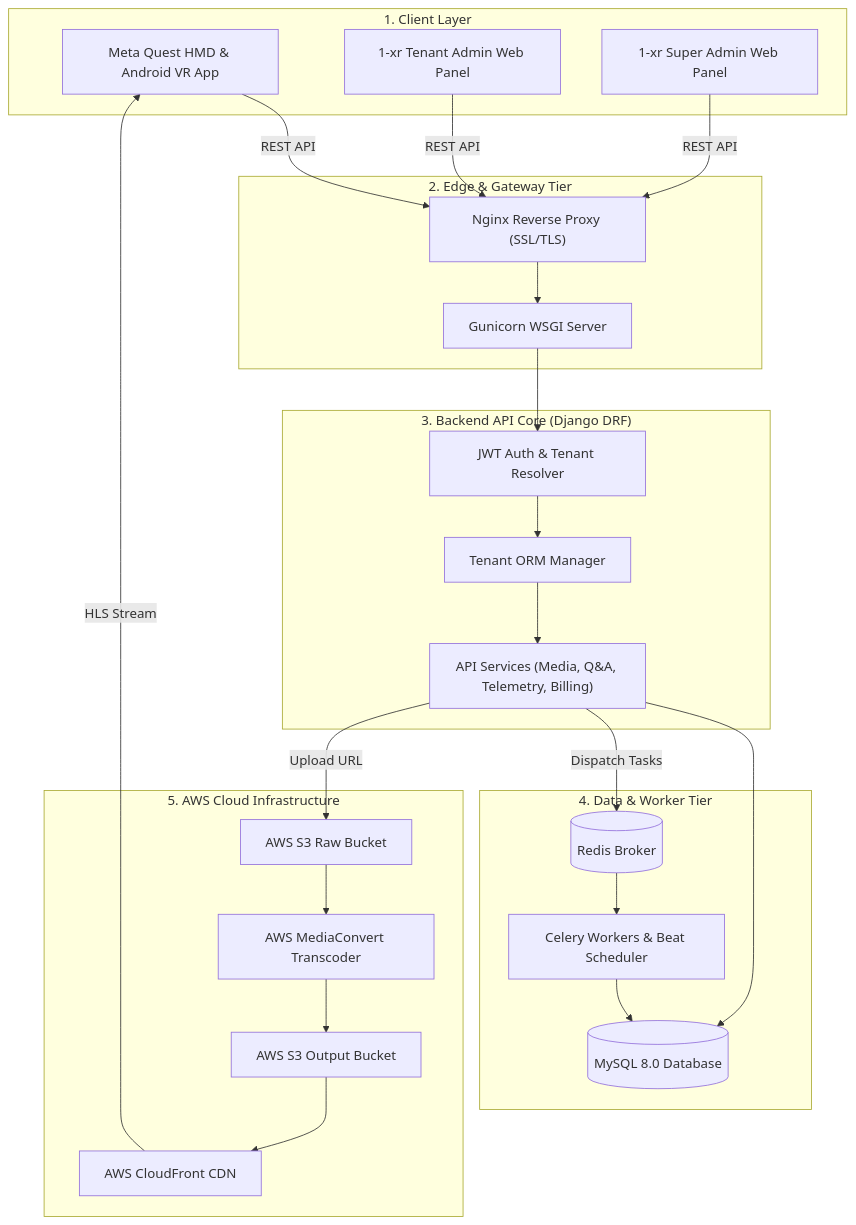
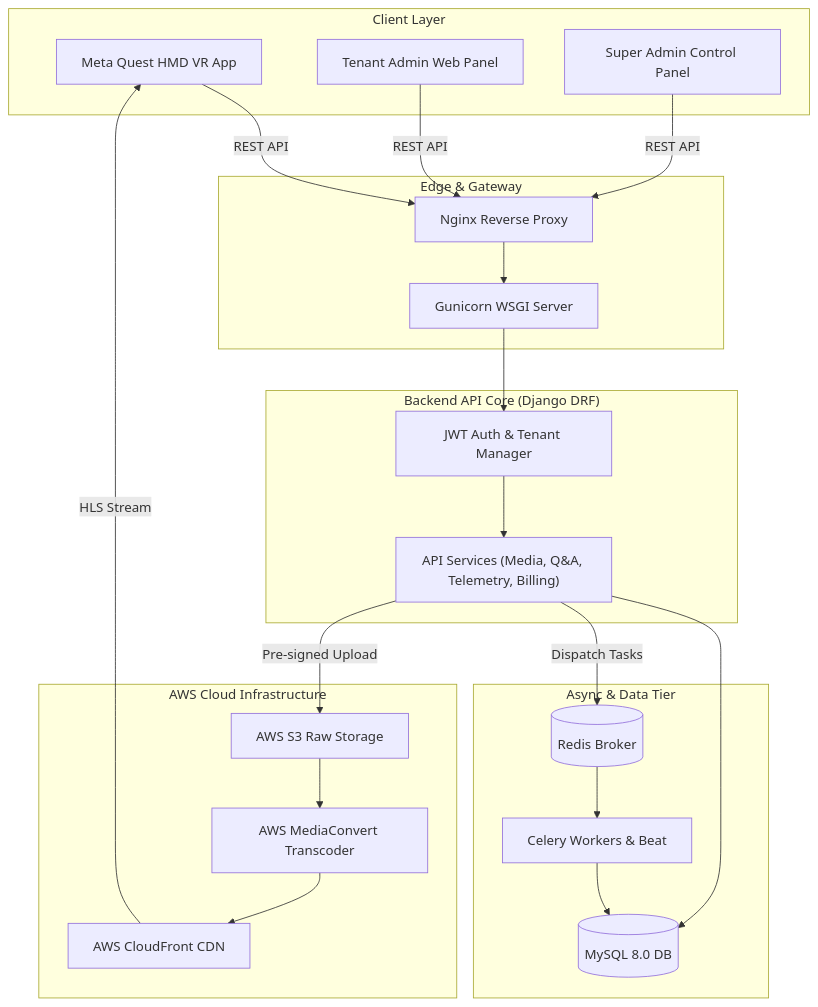
One commit to waqar16/CodeNexo-Projects-Case-Studies- changed the diagram in 1-xr_Case_Strudy.md. Above: the diagram before and after it, drawn with Mermaid. The commit also changed other lines of this file and 2 other files, not shown here.

````diff
--- a/1-xr_Case_Strudy.md
+++ b/1-xr_Case_Strudy.md
@@ -121,53 +32,36 @@
 ```mermaid
 flowchart TD
-    subgraph Clients["1. Client Layer"]
-        QuestApp["Meta Quest HMD & Android VR App"]
-        TenantDash["1-xr Tenant Admin Web Panel"]
-        SuperDash["1-xr Super Admin Web Panel"]
+    subgraph Clients["Client Layer"]
+        QuestApp["Meta Quest HMD VR App"]
+        TenantDash["Tenant Admin Web Panel"]
+        SuperDash["Super Admin Control Panel"]
     end
 
-    subgraph Gateway["2. Edge & Gateway Tier"]
-        Nginx["Nginx Reverse Proxy (SSL/TLS)"]
+    subgraph Gateway["Edge & Gateway"]
+        Nginx["Nginx Reverse Proxy"]
         Gunicorn["Gunicorn WSGI Server"]
     end
 
-    subgraph Core["3. Backend API Core (Django DRF)"]
-        AuthMiddleware["JWT Auth & Tenant Resolver"]
-        TenantORM["Tenant ORM Manager"]
+    subgraph Core["Backend API Core (Django DRF)"]
+        AuthMiddleware["JWT Auth & Tenant Manager"]
         APIServices["API Services (Media, Q&A, Telemetry, Billing)"]
     end
 
-    subgraph AsyncData["4. Data & Worker Tier"]
-        MySQL[(MySQL 8.0 Database)]
+    subgraph AsyncData["Async & Data Tier"]
+        MySQL[(MySQL 8.0 DB)]
         Redis[(Redis Broker)]
-        CeleryWorkers["Celery Workers & Beat Scheduler"]
+        CeleryWorkers["Celery Workers & Beat"]
     end
 
-    subgraph AWSCloud["5. AWS Cloud Infrastructure"]
-        S3Raw["AWS S3 Raw Bucket"]
+    subgraph AWSCloud["AWS Cloud Infrastructure"]
+        S3Raw["AWS S3 Raw Storage"]
         MediaConvert["AWS MediaConvert Transcoder"]
-        S3Processed["AWS S3 Output Bucket"]
         CloudFront["AWS CloudFront CDN"]
     end
 
-    %% Vertical Flow
-    QuestApp -->|REST API| Nginx
-    TenantDash -->|REST API| Nginx
-    SuperDash -->|REST API| Nginx
-
-    Nginx --> Gunicorn
-    Gunicorn --> AuthMiddleware
-    AuthMiddleware --> TenantORM
-    TenantORM --> APIServices
-
+    QuestApp & TenantDash & SuperDash -->|REST API| Nginx
+    Nginx --> Gunicorn --> AuthMiddleware --> APIServices
     APIServices --> MySQL
-    APIServices -->|Dispatch Tasks| Redis
-    Redis --> CeleryWorkers
-    CeleryWorkers --> MySQL
-
-    APIServices -->|Upload URL| S3Raw
-    S3Raw --> MediaConvert
-    MediaConvert --> S3Processed
-    S3Processed --> CloudFront
-    CloudFront -->|HLS Stream| QuestApp
+    APIServices -->|Dispatch Tasks| Redis --> CeleryWorkers --> MySQL
+    APIServices -->|Pre-signed Upload| S3Raw --> MediaConvert --> CloudFront -->|HLS Stream| QuestApp
 ```
````
